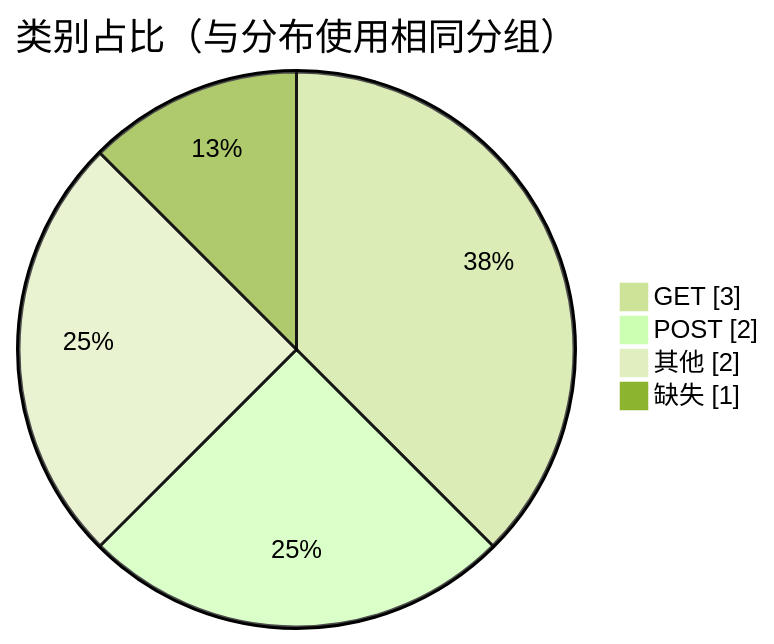
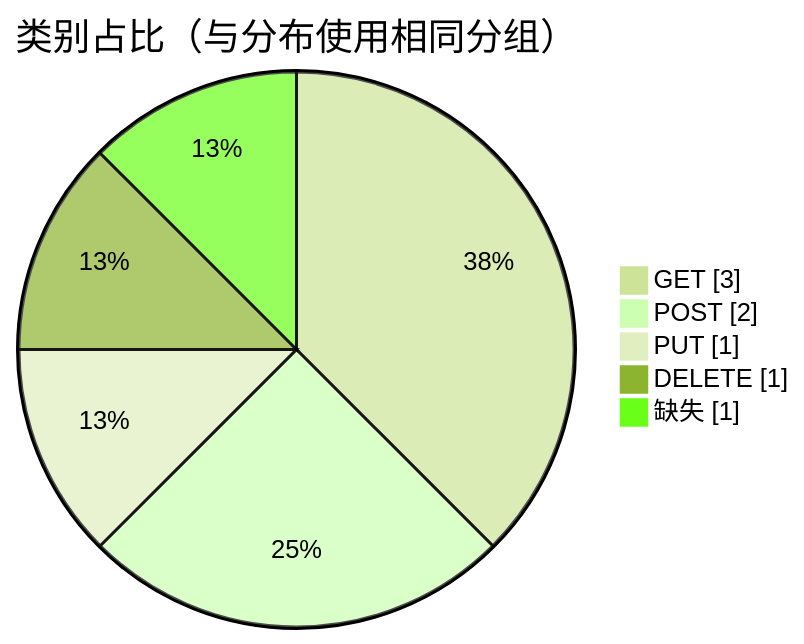
The fourth of 7 diagrams in src/backend/services/web/ai_assistant/docs/frontend_statistics.md (TencentBlueKing/bk-audit), drawn with Mermaid (forest theme) before and after one commit. The commit also changed other lines of this file and 56 other files, not shown here.

````diff
--- a/src/backend/services/web/ai_assistant/docs/frontend_statistics.md
+++ b/src/backend/services/web/ai_assistant/docs/frontend_statistics.md
@@ -193,8 +198,9 @@
 ```mermaid
 pie showData
     title 类别占比（与分布使用相同分组）
     "GET" : 3
     "POST" : 2
-    "其他" : 2
+    "PUT" : 1
+    "DELETE" : 1
     "缺失" : 1
 ```
````
